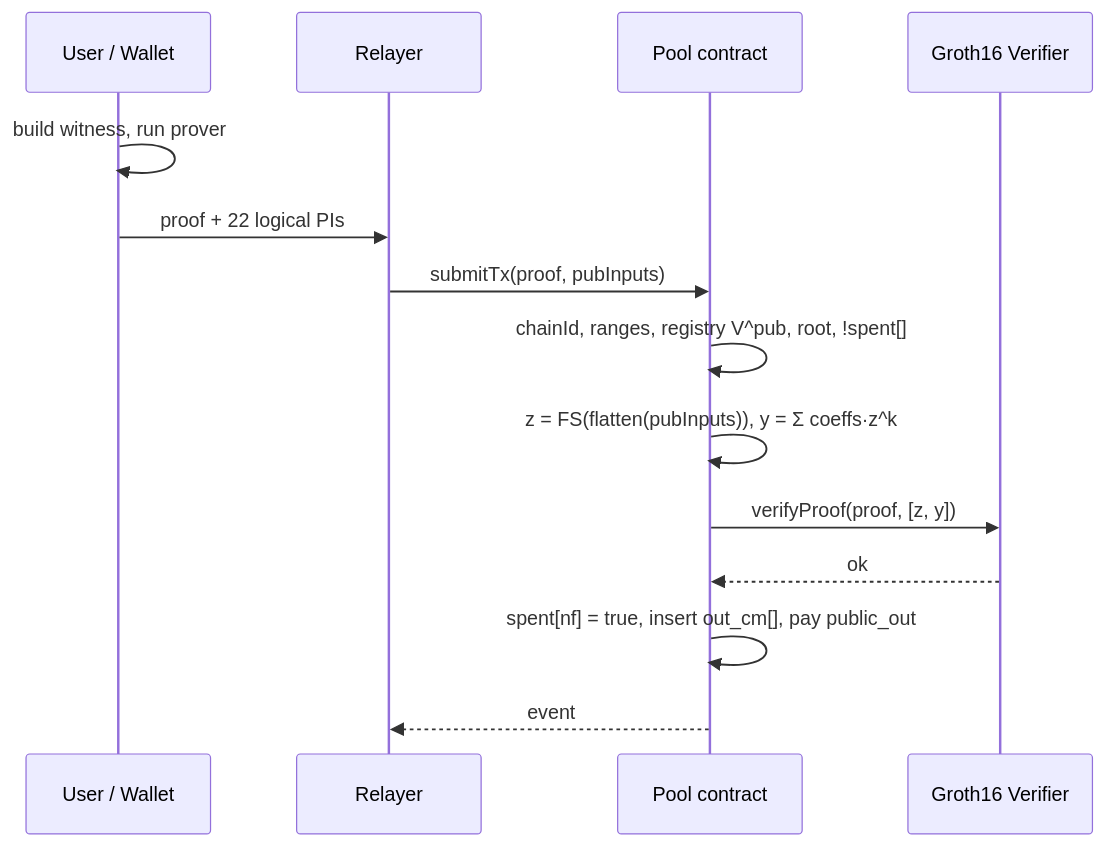
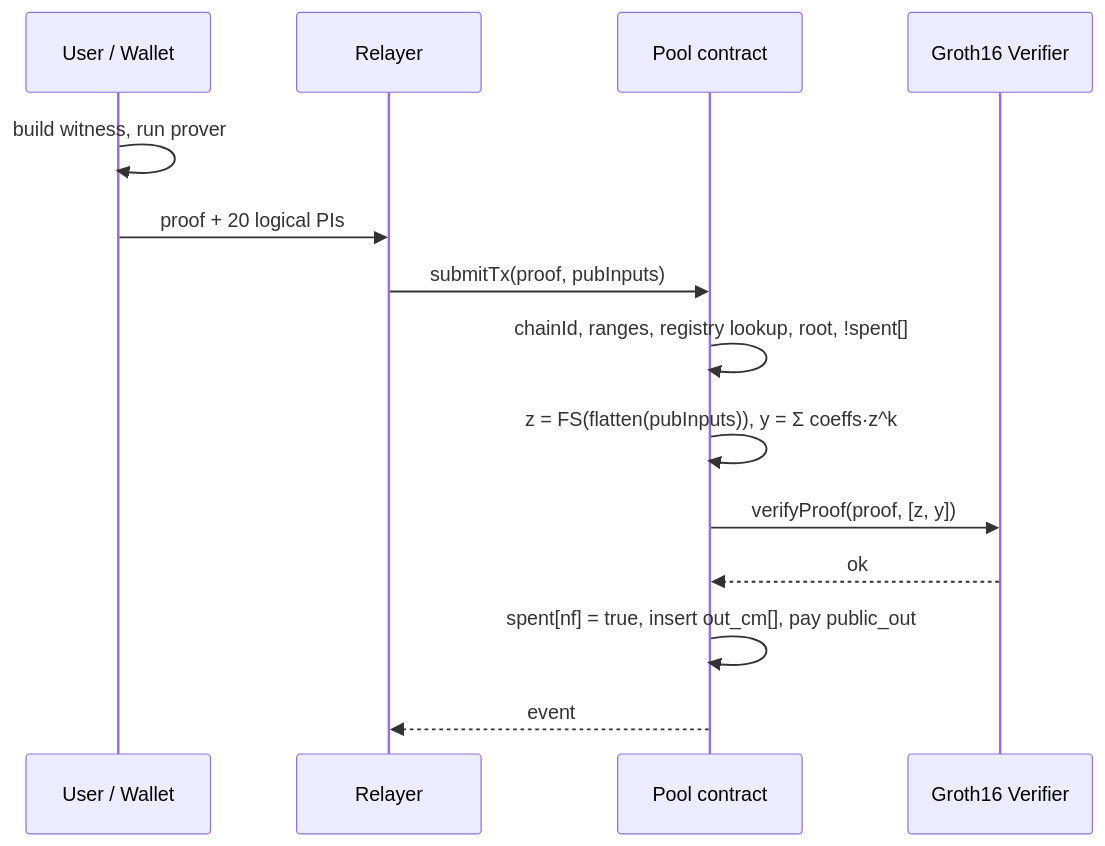
Before and after one commit to lelantos-org/circuits: the fifth of 5 diagrams in src/README.md, drawn with Mermaid. The commit also changed other lines of this file and 7 other files, not shown here.

````diff
--- a/src/README.md
+++ b/src/README.md
@@ -448,16 +440,16 @@
 ```mermaid
 sequenceDiagram
     participant U as User / Wallet
     participant R as Relayer
     participant C as Pool contract
     participant V as Groth16 Verifier
     U->>U: build witness, run prover
-    U->>R: proof + 22 logical PIs
+    U->>R: proof + 20 logical PIs
     R->>C: submitTx(proof, pubInputs)
-    C->>C: chainId, ranges, registry V^pub, root, !spent[]
+    C->>C: chainId, ranges, registry lookup, root, !spent[]
     C->>C: z = FS(flatten(pubInputs)), y = Σ coeffs·z^k
     C->>V: verifyProof(proof, [z, y])
     V-->>C: ok
     C->>C: spent[nf] = true, insert out_cm[], pay public_out
     C-->>R: event
 ```
````
